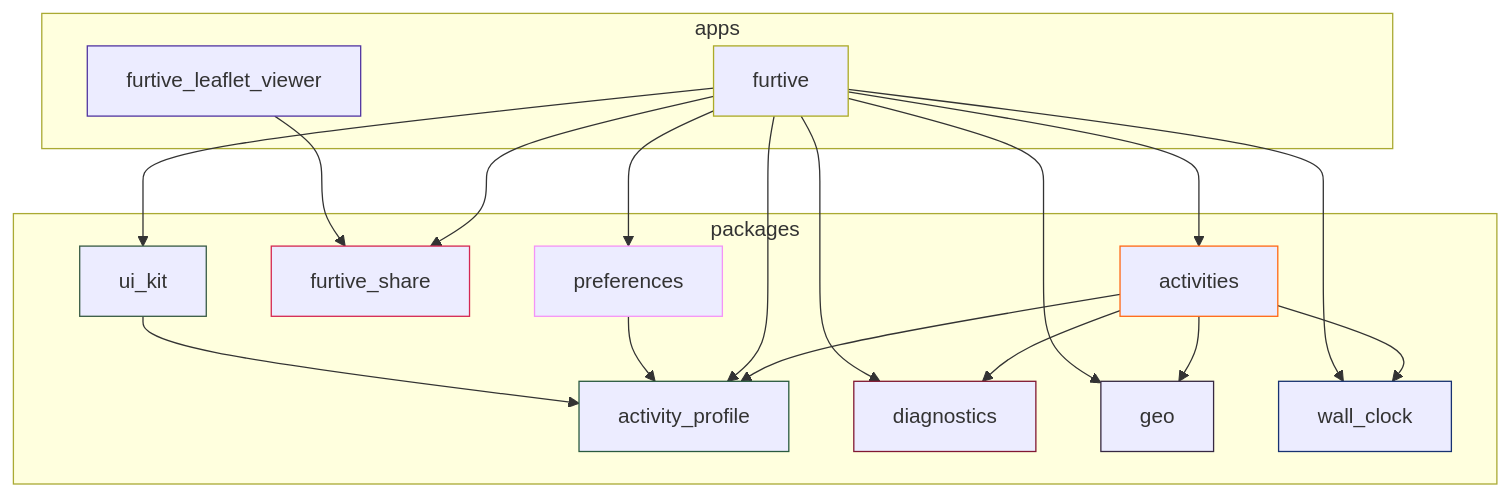
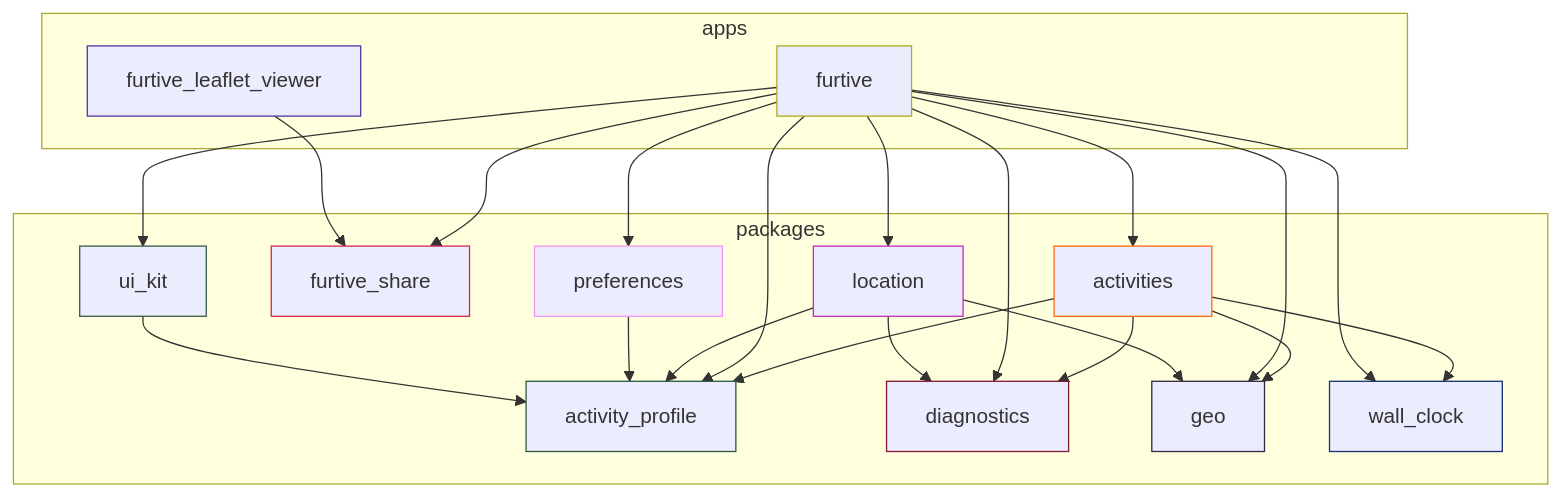
Before and after one commit to ethicnology-agent/furtive: the diagram in docs/module-graph.md, drawn with Mermaid. The commit also changed 27 other files, not shown here.

````diff
--- a/docs/module-graph.md
+++ b/docs/module-graph.md
@@ -5,52 +5,59 @@
 ```mermaid
 graph TD
   activities["activities"]
   style activities stroke:#ff6714
   activity_profile["activity_profile"]
   style activity_profile stroke:#295a3f
   diagnostics["diagnostics"]
   style diagnostics stroke:#811832
   furtive["furtive"]
   style furtive stroke:#acaa26
   furtive_leaflet_viewer["furtive_leaflet_viewer"]
   style furtive_leaflet_viewer stroke:#5135a1
   furtive_share["furtive_share"]
   style furtive_share stroke:#d42752
   geo["geo"]
   style geo stroke:#362842
+  location["location"]
+  style location stroke:#c12dba
   preferences["preferences"]
   style preferences stroke:#f493f6
   ui_kit["ui_kit"]
   style ui_kit stroke:#375a43
   wall_clock["wall_clock"]
   style wall_clock stroke:#173271
   activities --> activity_profile
   activities --> diagnostics
   activities --> geo
   activities --> wall_clock
   furtive --> activities
   furtive --> activity_profile
   furtive --> wall_clock
   furtive --> diagnostics
   furtive --> furtive_share
   furtive --> geo
+  furtive --> location
   furtive --> preferences
   furtive --> ui_kit
   furtive_leaflet_viewer --> furtive_share
+  location --> activity_profile
+  location --> diagnostics
+  location --> geo
   preferences --> activity_profile
   ui_kit --> activity_profile
   subgraph packages0 ["packages"]
     activities
     activity_profile
     diagnostics
     furtive_share
     geo
+    location
     preferences
     ui_kit
     wall_clock
   end
   subgraph apps1 ["apps"]
     furtive
     furtive_leaflet_viewer
   end
 ```
````
